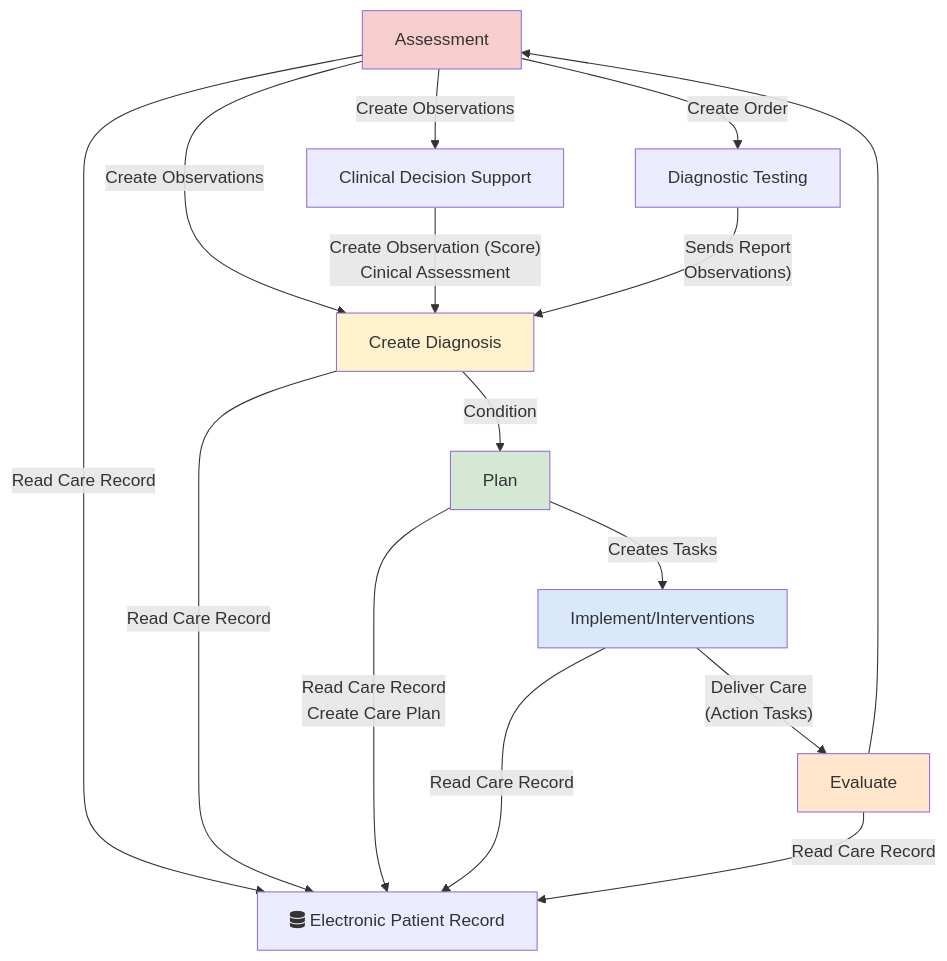
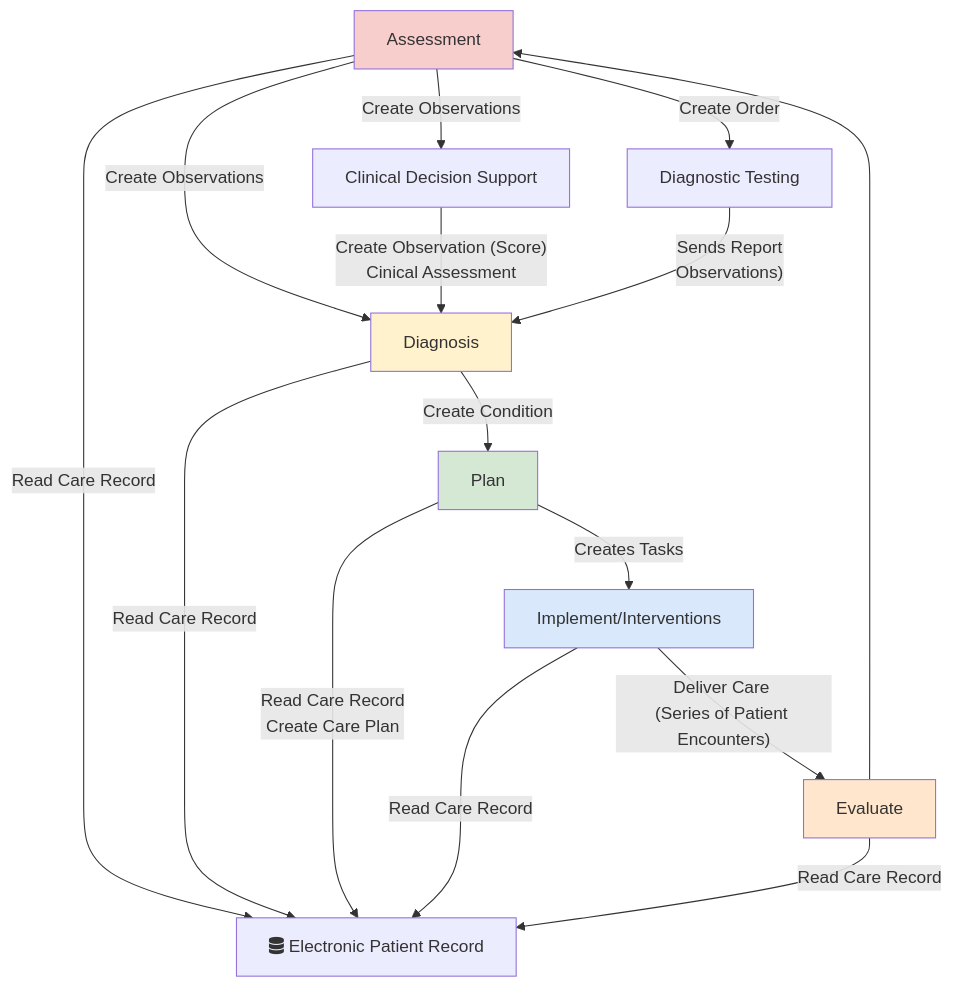
One commit to Virtually-Healthcare/virtually-healthcare.github.com changed the first of 2 diagrams in input/pagecontent/index.md. Above: the diagram before and after it, drawn with Mermaid. The commit also changed other lines of this file, not shown here.

Commit message:
Mermaid diagram

````diff
--- a/input/pagecontent/index.md
+++ b/input/pagecontent/index.md
@@ -7,32 +7,32 @@
 ```mermaid
 graph TD;
     Assessment[Assessment]-->|Create Observations| Diagnosis;
     Assessment --> |Create Observations| ClinicalDecisionSupport
     Assessment --> |Create Order| DiagnosticTesting
 
     ClinicalDecisionSupport[Clinical Decision Support]  --> |"Create Observation (Score)<br/>Cinical Assessment"| Diagnosis
     DiagnosticTesting[Diagnostic Testing] --> |"Sends Report <br/> Observations)"| Diagnosis
-    Diagnosis[Create Diagnosis]-->|Condition| Plan;
+    Diagnosis[Diagnosis]-->|Create Condition| Plan;
     Plan -->|Creates Tasks| Implement;
-    Implement[Implement/Interventions]-->|"Deliver Care <br/>(Action Tasks)"| Evaluate;
+    Implement[Implement/Interventions]-->|"Deliver Care <br/>(Series of Patient Encounters)"| Evaluate;
     Evaluate[Evaluate]-->Assessment;
 
     EPR[fas:fa-database Electronic Patient Record] 
     Assessment --> |Read Care Record| EPR
     Diagnosis --> |Read Care Record| EPR
     Plan --> |Read Care Record <br/> Create Care Plan| EPR
     Implement --> |Read Care Record| EPR
     Evaluate --> |Read Care Record| EPR
     
     classDef yellow fill:#FFF2CC;
     classDef pink fill:#F8CECC
     classDef green fill:#D5E8D4;
     classDef blue fill:#DAE8FC;
     classDef orange fill:#FFE6CC;
 
     class Assessment pink
     class Diagnosis yellow
     class Plan green
     class Implement blue
     class Evaluate orange
 ```
````
